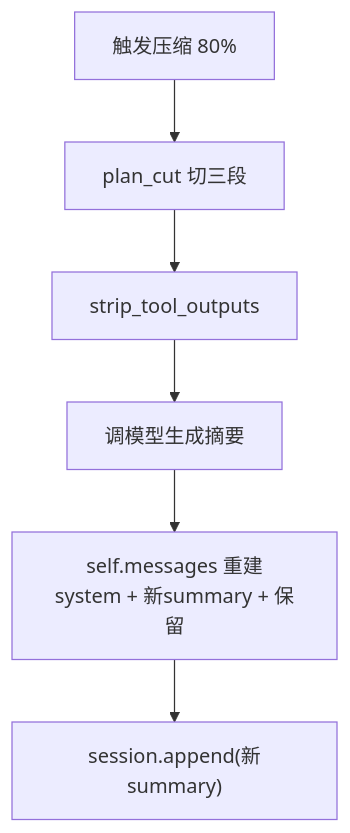
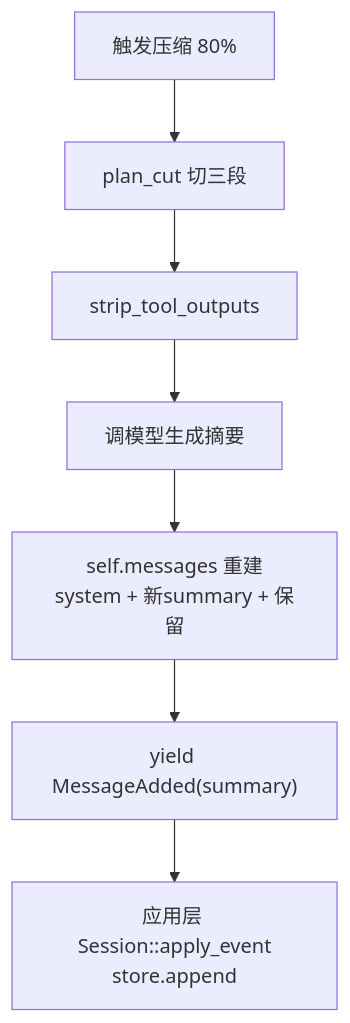
The second of 3 diagrams in docs/session.md (Seann0824/Shirley), drawn with Mermaid before and after one commit. The commit also changed other lines of this file and 17 other files, not shown here.

````diff
--- a/docs/session.md
+++ b/docs/session.md
@@ -180,8 +162,9 @@
 ```mermaid
 graph TD
     C["触发压缩 80%"] --> S["plan_cut 切三段"]
     S --> CLR["strip_tool_outputs"]
     CLR --> LLM["调模型生成摘要"]
     LLM --> RB["self.messages 重建<br/>system + 新summary + 保留"]
-    RB --> AP["session.append(新summary)"]
+    RB --> EV["yield MessageAdded(summary)"]
+    EV --> AP["应用层 Session::apply_event<br/>store.append"]
 ```
````
